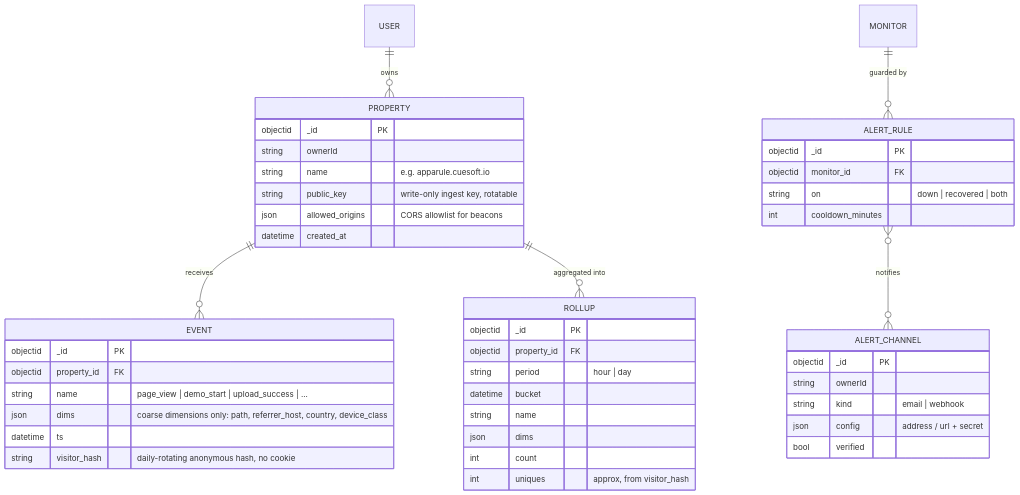
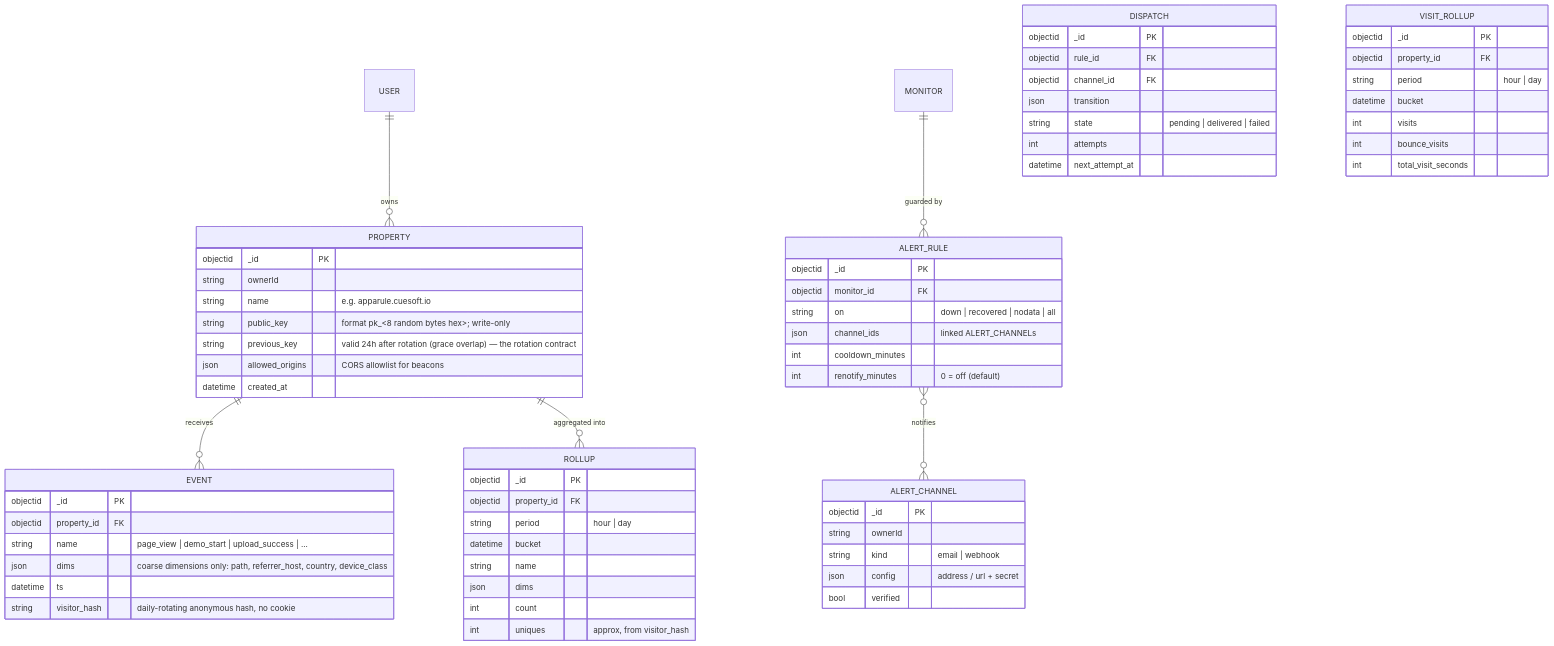
The second of 3 diagrams in docs/data-model.md (cuesoftinc/upstat), drawn with Mermaid before and after one commit. The commit also changed other lines of this file and 21 other files, not shown here.

````diff
--- a/docs/data-model.md
+++ b/docs/data-model.md
@@ -76,48 +78,69 @@
 ```mermaid
 erDiagram
     USER ||--o{ PROPERTY : owns
     PROPERTY ||--o{ EVENT : receives
     PROPERTY ||--o{ ROLLUP : "aggregated into"
     MONITOR ||--o{ ALERT_RULE : "guarded by"
     ALERT_RULE }o--o{ ALERT_CHANNEL : notifies
 
     PROPERTY {
         objectid _id PK
         string ownerId
         string name "e.g. apparule.cuesoft.io"
-        string public_key "write-only ingest key, rotatable"
+        string public_key "format pk_<8 random bytes hex>; write-only"
+        string previous_key "valid 24h after rotation (grace overlap) — the rotation contract"
         json allowed_origins "CORS allowlist for beacons"
         datetime created_at
     }
     EVENT {
         objectid _id PK
         objectid property_id FK
         string name "page_view | demo_start | upload_success | ..."
         json dims "coarse dimensions only: path, referrer_host, country, device_class"
         datetime ts
         string visitor_hash "daily-rotating anonymous hash, no cookie"
     }
     ROLLUP {
         objectid _id PK
         objectid property_id FK
         string period "hour | day"
         datetime bucket
         string name
         json dims
         int count
         int uniques "approx, from visitor_hash"
     }
     ALERT_RULE {
         objectid _id PK
         objectid monitor_id FK
-        string on "down | recovered | both"
+        string on "down | recovered | nodata | all"
+        json channel_ids "linked ALERT_CHANNELs"
         int cooldown_minutes
+        int renotify_minutes "0 = off (default)"
+    }
+    DISPATCH {
+        objectid _id PK
+        objectid rule_id FK
+        objectid channel_id FK
+        json transition
+        string state "pending | delivered | failed"
+        int attempts
+        datetime next_attempt_at
+    }
+    VISIT_ROLLUP {
+        objectid _id PK
+        objectid property_id FK
+        string period "hour | day"
+        datetime bucket
+        int visits
+        int bounce_visits
+        int total_visit_seconds
     }
     ALERT_CHANNEL {
         objectid _id PK
         string ownerId
         string kind "email | webhook"
         json config "address / url + secret"
         bool verified
     }
 ```
````
